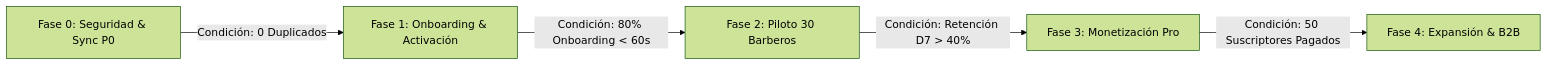
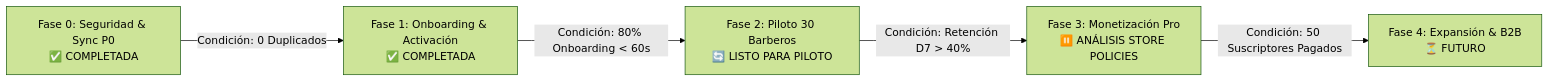
Before and after one commit to francojbe/RegistBar: the diagram in docs/product-audit/roadmap.md, drawn with Mermaid (forest theme). The commit also changed other lines of this file and 10 other files, not shown here.

````diff
--- a/docs/product-audit/roadmap.md
+++ b/docs/product-audit/roadmap.md
@@ -7,7 +7,7 @@
 ```mermaid
 graph LR
-    F0[Fase 0: Seguridad & Sync P0] -->|Condición: 0 Duplicados| F1[Fase 1: Onboarding & Activación]
-    F1 -->|Condición: 80% Onboarding < 60s| F2[Fase 2: Piloto 30 Barberos]
-    F2 -->|Condición: Retención D7 > 40%| F3[Fase 3: Monetización Pro]
-    F3 -->|Condición: 50 Suscriptores Pagados| F4[Fase 4: Expansión & B2B]
+    F0[Fase 0: Seguridad & Sync P0<br/>✅ COMPLETADA] -->|Condición: 0 Duplicados| F1[Fase 1: Onboarding & Activación<br/>✅ COMPLETADA]
+    F1 -->|Condición: 80% Onboarding < 60s| F2[Fase 2: Piloto 30 Barberos<br/>🔄 LISTO PARA PILOTO]
+    F2 -->|Condición: Retención D7 > 40%| F3[Fase 3: Monetización Pro<br/>⏸️ ANÁLISIS STORE POLICIES]
+    F3 -->|Condición: 50 Suscriptores Pagados| F4[Fase 4: Expansión & B2B<br/>⏳ FUTURO]
 ```
````
